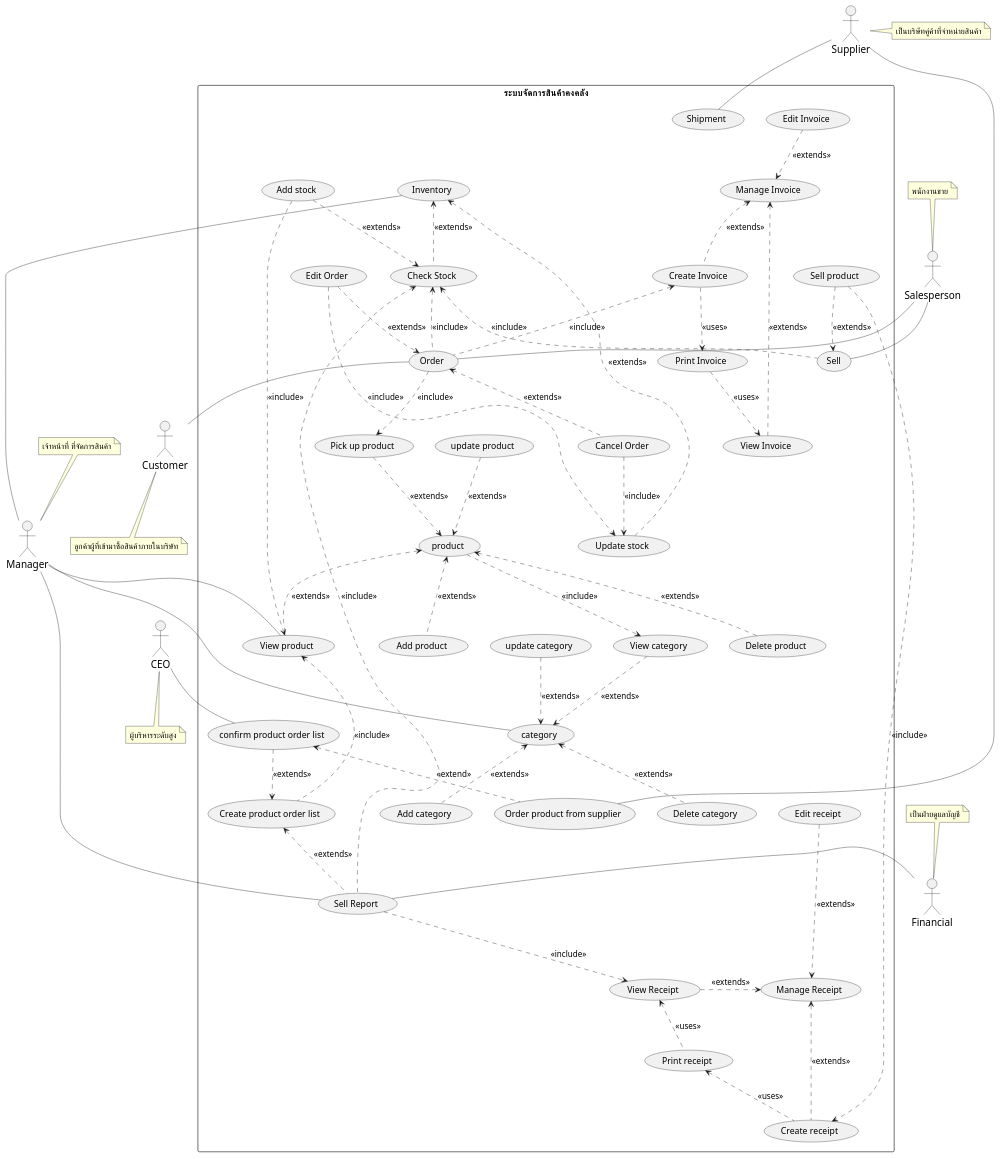
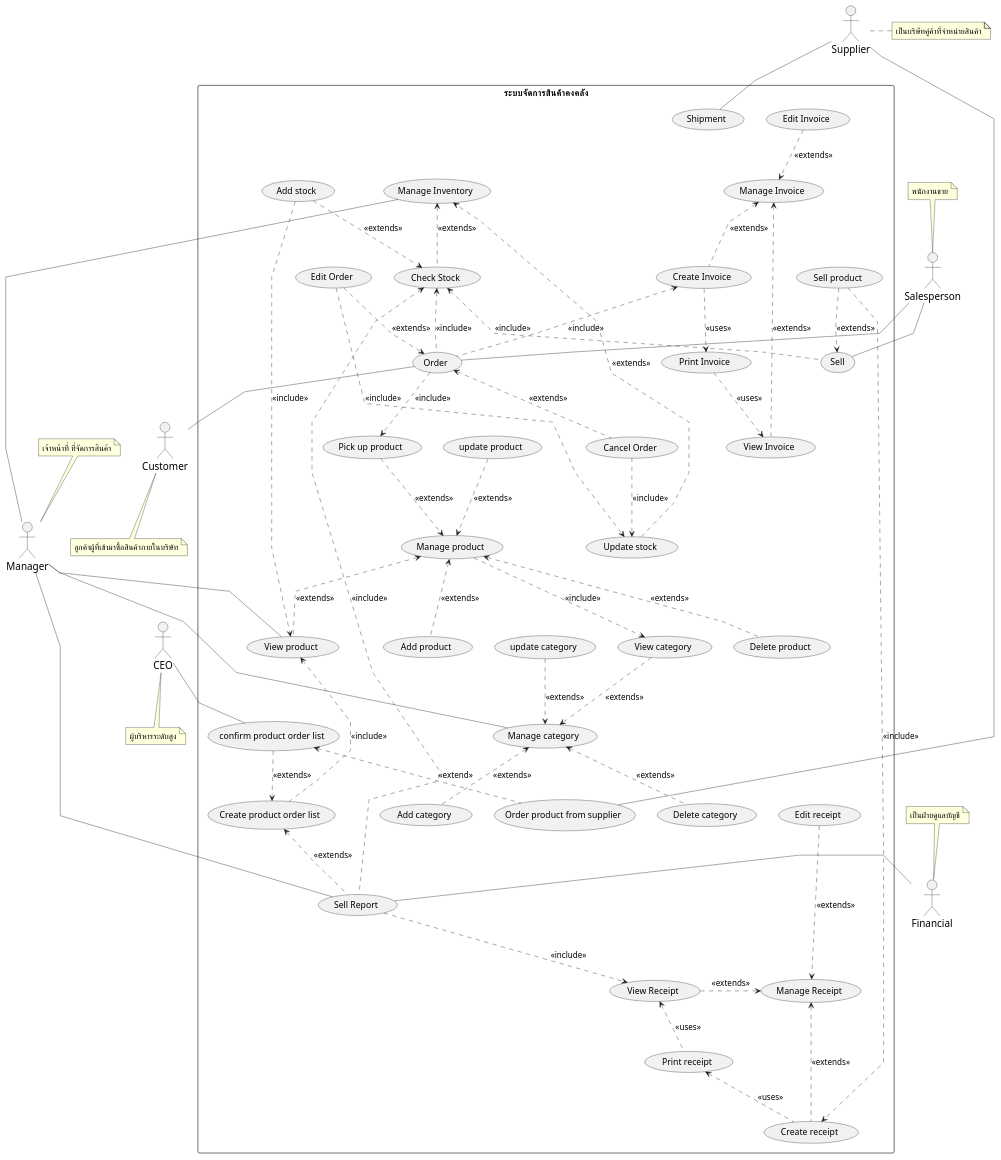
One commit to billowdev/inventory-system-plantuml-sequelize-seeder-example changed the diagram in system-analysis/usecase-diagram/usecase-diagram.puml. Above: the diagram before and after it, drawn with PlantUML.

```diff
--- a/system-analysis/usecase-diagram/usecase-diagram.puml
+++ b/system-analysis/usecase-diagram/usecase-diagram.puml
@@ -1,6 +1,7 @@
 @startuml
 'https://plantuml.com/sequence-diagram
-'!theme toy
+'!theme vibrant
+
 skinparam sequence {
     'ArrowColor DeepSkyBlue
     'ActorBorderColor DeepSkyBlue
@@ -14,13 +15,13 @@
     'ParticipantFontColor #A9DCDF
 
     'ActorBackgroundColor black
-    ActorFontColor black
+    '    ActorFontColor black
     ActorFontSize 16
     ActorFontName Thai
 }
 
 
-'skinparam linetype polyline
+skinparam linetype polyline
 'skinparam linetype ortho
 
 skinparam Arrow{
@@ -107,13 +108,13 @@
     usecase (confirm product order list) as (usecaseConfirmOrderList)
 
     ' ================ Stock ================
-    usecase (Inventory) as (usecaseInventory)
+    usecase (Manage Inventory) as (usecaseInventory)
     usecase (Check Stock) as (usecaseCheckStock)
     usecase (Add stock) as (usecaseAddStock)
     usecase (Update stock) as (usecaseUpdateStock)
 
     ' ================ Product ================
-    usecase (product) as (usecaseProduct)
+    usecase (Manage product) as (usecaseProduct)
     usecase (View product) as (usecaseViewProduct)
     usecase (Add product) as (usecaseAddProduct)
     usecase (update product) as (usecaseUpdateProduct)
@@ -121,7 +122,7 @@
     usecase (Pick up product) as (usecasePickUpProduct)
 
     ' ================ Category ================
-    usecase (category) as (usecaseCategory)
+    usecase (Manage category) as (usecaseCategory)
     usecase (View category) as (usecaseViewCategory)
     usecase (Add category) as (usecaseAddCategory)
     usecase (update category) as (usecaseUpdateCategory)
```
